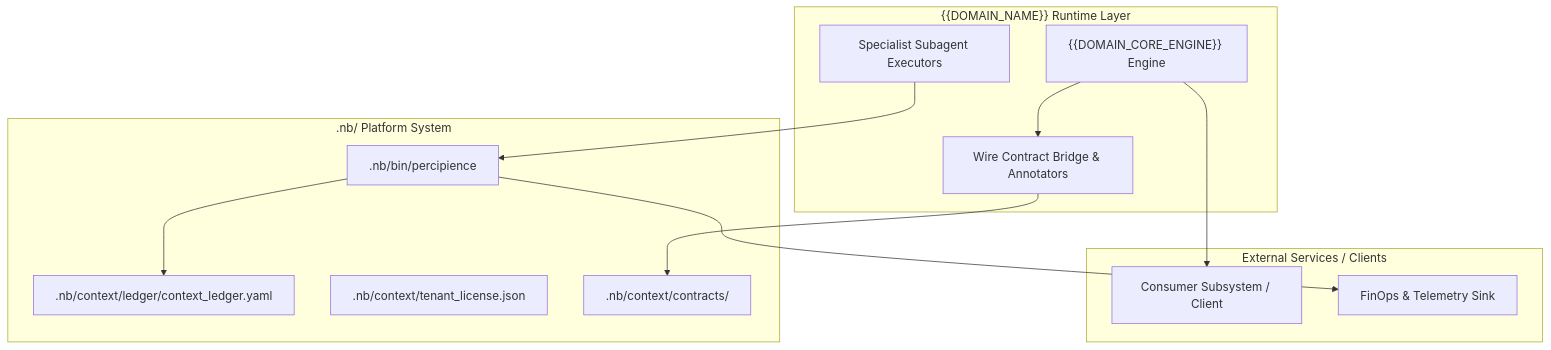
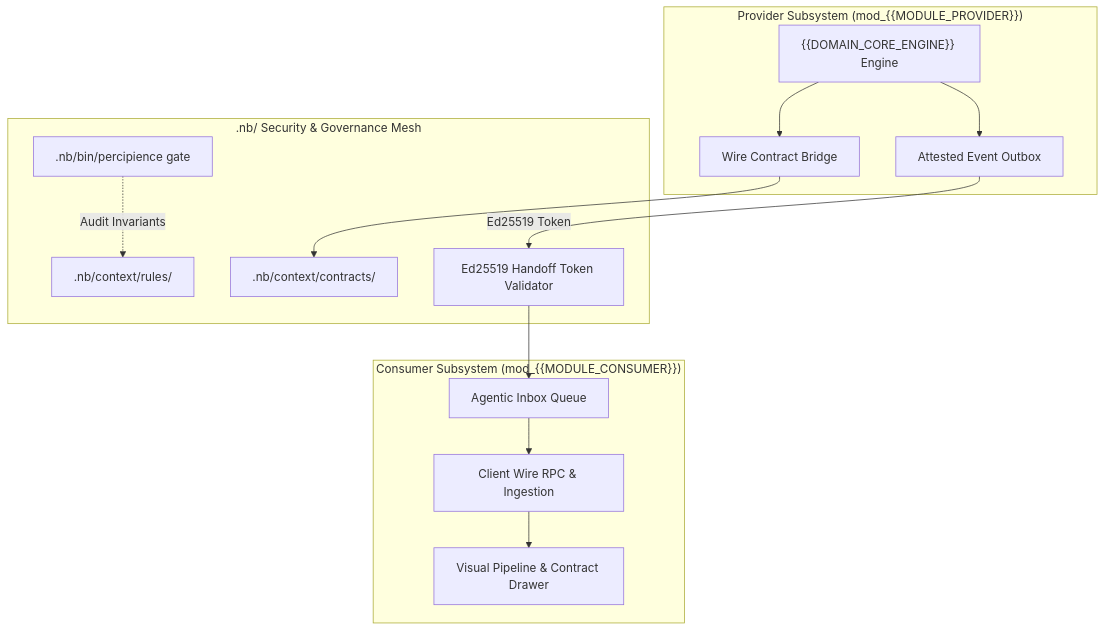
Before and after one commit to lakhwindersingh/nb_fairyfly: the diagram in .nb/plan/templates/concise.md, drawn with Mermaid. The commit also changed other lines of this file and 26 other files, not shown here.

````diff
--- a/.nb/plan/templates/concise.md
+++ b/.nb/plan/templates/concise.md
@@ -26,27 +42,30 @@
 ```mermaid
 graph TD
-  subgraph Domain_Runtime["{{DOMAIN_NAME}} Runtime Layer"]
+  subgraph Provider_Space["Provider Subsystem (mod_{{MODULE_PROVIDER}})"]
     CoreEngine["{{DOMAIN_CORE_ENGINE}} Engine"]
-    ContractBridge["Wire Contract Bridge & Annotators"]
-    SpecialistWorker["Specialist Subagent Executors"]
+    ContractBridge["Wire Contract Bridge"]
+    OutboxQueue["Attested Event Outbox"]
   end
 
-  subgraph Local_Platform[".nb/ Platform System"]
-    PlatformCli[".nb/bin/percipience"]
-    PlatformLedger[".nb/context/ledger/context_ledger.yaml"]
-    LicenseResolver[".nb/context/tenant_license.json"]
-    DomainContracts[".nb/context/contracts/"]
+  subgraph Consumer_Space["Consumer Subsystem (mod_{{MODULE_CONSUMER}})"]
+    ClientRpc["Client Wire RPC & Ingestion"]
+    InboxQueue["Agentic Inbox Queue"]
+    PipelineDrawer["Visual Pipeline & Contract Drawer"]
   end
 
-  subgraph External_Ecosystem["External Services / Clients"]
-    ClientApp["Consumer Subsystem / Client"]
-    TelemetryGateway["FinOps & Telemetry Sink"]
+  subgraph Governance_Mesh[".nb/ Security & Governance Mesh"]
+    DomainContracts[".nb/context/contracts/"]
+    DomainRules[".nb/context/rules/"]
+    TokenValidator["Ed25519 Handoff Token Validator"]
+    PlatformGate[".nb/bin/percipience gate"]
   end
 
   CoreEngine --> ContractBridge
   ContractBridge --> DomainContracts
-  SpecialistWorker --> PlatformCli
-  PlatformCli --> PlatformLedger
-  CoreEngine --> ClientApp
-  PlatformCli --> TelemetryGateway
+  CoreEngine --> OutboxQueue
+  OutboxQueue -->|Ed25519 Token| TokenValidator
+  TokenValidator --> InboxQueue
+  InboxQueue --> ClientRpc
+  ClientRpc --> PipelineDrawer
+  PlatformGate -.->|Audit Invariants| DomainRules
 ```
````
